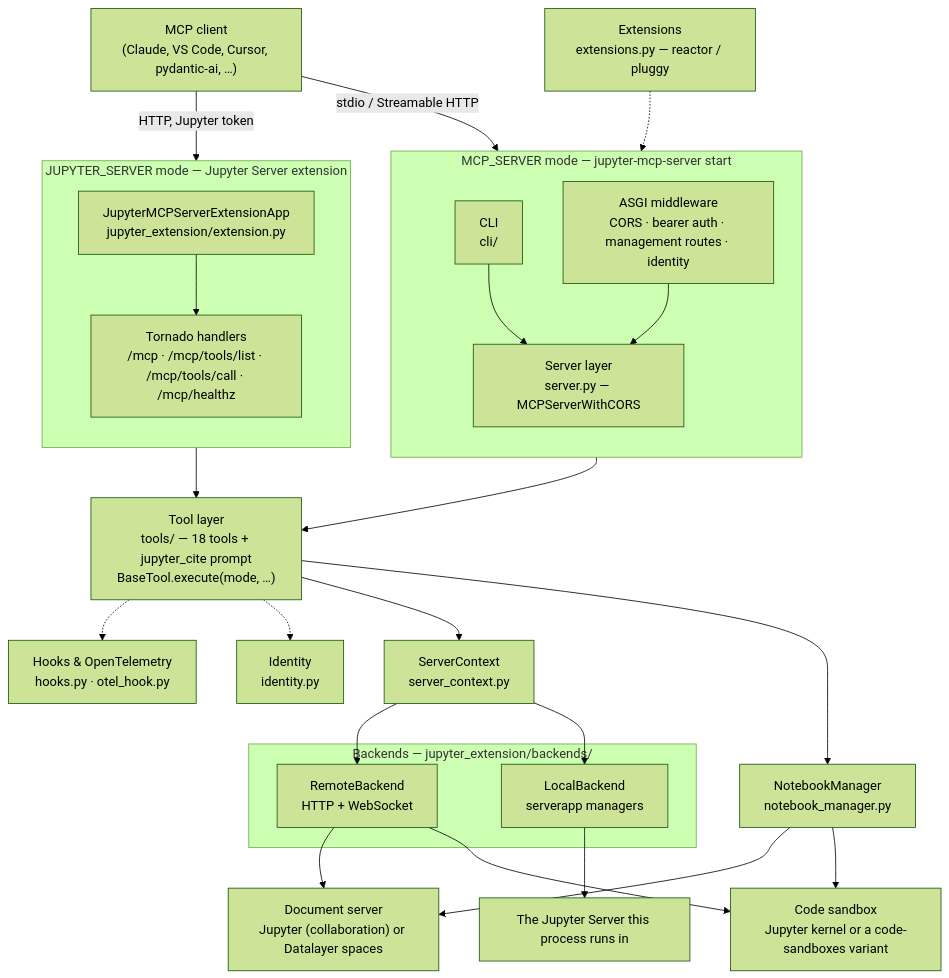
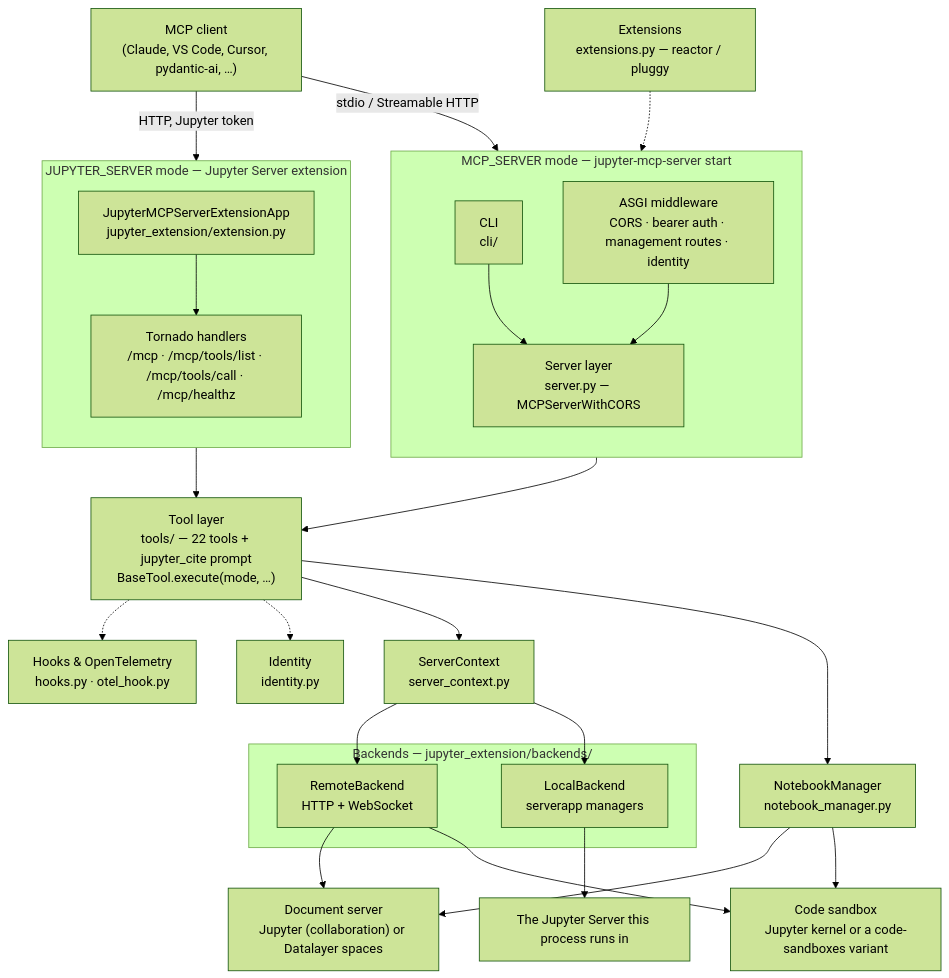
The diagram in docs/docs/architecture/index.mdx (datalayer/jupyter-mcp-server), drawn with Mermaid (forest theme) before and after one commit. The commit also changed other lines of this file and 83 other files, not shown here.

````diff
--- a/docs/docs/architecture/index.mdx
+++ b/docs/docs/architecture/index.mdx
@@ -32,54 +32,54 @@
 ```mermaid
 flowchart TB
     client["MCP client<br/>(Claude, VS Code, Cursor, pydantic-ai, …)"]
 
     subgraph standalone["MCP_SERVER mode — jupyter-mcp-server start"]
         direction TB
         cli["CLI<br/>cli/"]
         server["Server layer<br/>server.py — MCPServerWithCORS"]
         mw["ASGI middleware<br/>CORS · bearer auth · management routes · identity"]
         cli --> server
         mw --> server
     end
 
     subgraph extension["JUPYTER_SERVER mode — Jupyter Server extension"]
         direction TB
         ext["JupyterMCPServerExtensionApp<br/>jupyter_extension/extension.py"]
         handlers["Tornado handlers<br/>/mcp · /mcp/tools/list · /mcp/tools/call · /mcp/healthz"]
         ext --> handlers
     end
 
     client -- "stdio / Streamable HTTP" --> mw
     client -- "HTTP, Jupyter token" --> handlers
 
-    tools["Tool layer<br/>tools/ — 18 tools + jupyter_cite prompt<br/>BaseTool.execute(mode, …)"]
+    tools["Tool layer<br/>tools/ — 22 tools + jupyter_cite prompt<br/>BaseTool.execute(mode, …)"]
     server --> tools
     handlers --> tools
 
     hooks["Hooks & OpenTelemetry<br/>hooks.py · otel_hook.py"]
     ident["Identity<br/>identity.py"]
     exts["Extensions<br/>extensions.py — reactor / pluggy"]
     tools -.-> hooks
     tools -.-> ident
     exts -.-> server
 
     ctx["ServerContext<br/>server_context.py"]
     nm["NotebookManager<br/>notebook_manager.py"]
     tools --> ctx
     tools --> nm
 
     subgraph backends["Backends — jupyter_extension/backends/"]
         remote["RemoteBackend<br/>HTTP + WebSocket"]
         local["LocalBackend<br/>serverapp managers"]
     end
     ctx --> remote
     ctx --> local
 
     docs["Document server<br/>Jupyter (collaboration) or Datalayer spaces"]
     sandbox["Code sandbox<br/>Jupyter kernel or a code-sandboxes variant"]
     remote --> docs
     remote --> sandbox
     nm --> docs
     nm --> sandbox
     local --> jupyter["The Jupyter Server this process runs in"]
 ```
````
